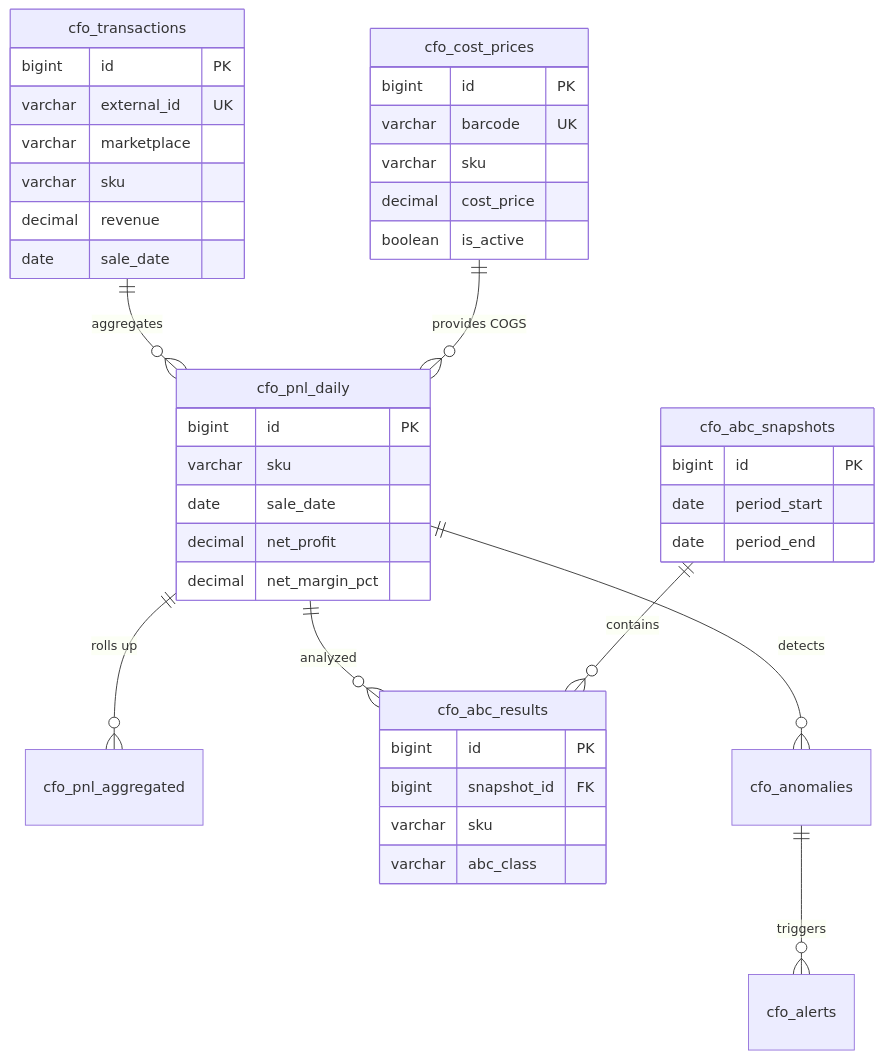
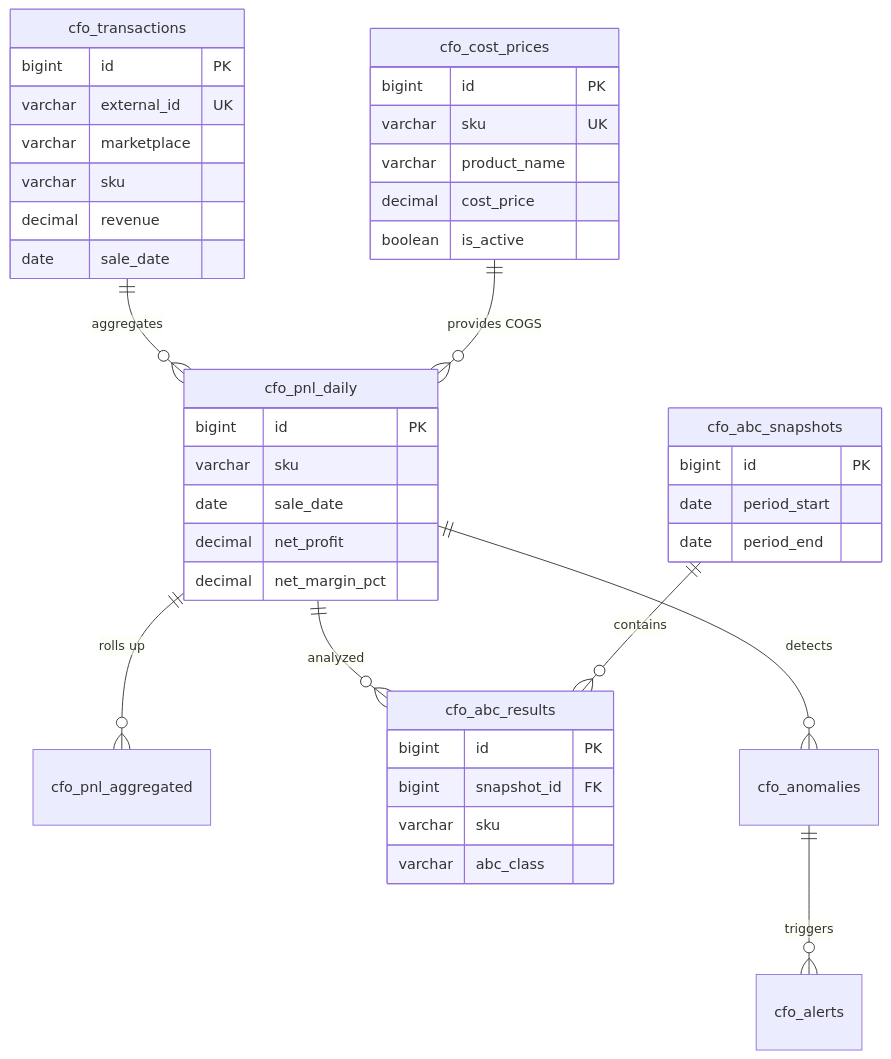
One commit to Sign25/Docs changed the diagram in cfo/adolf_cfo_5_database.md. Above: the diagram before and after it, drawn with Mermaid. The commit also changed other lines of this file, not shown here.

Commit message:
CFO Database: update to v1.1 - remove barcode, SKU as primary identifier

````diff
--- a/cfo/adolf_cfo_5_database.md
+++ b/cfo/adolf_cfo_5_database.md
@@ -36,48 +40,48 @@
 ```mermaid
 erDiagram
     cfo_transactions ||--o{ cfo_pnl_daily : "aggregates"
     cfo_cost_prices ||--o{ cfo_pnl_daily : "provides COGS"
     cfo_pnl_daily ||--o{ cfo_pnl_aggregated : "rolls up"
     cfo_pnl_daily ||--o{ cfo_abc_results : "analyzed"
     cfo_abc_snapshots ||--o{ cfo_abc_results : "contains"
     cfo_pnl_daily ||--o{ cfo_anomalies : "detects"
     cfo_anomalies ||--o{ cfo_alerts : "triggers"
 
     cfo_transactions {
         bigint id PK
         varchar external_id UK
         varchar marketplace
         varchar sku
         decimal revenue
         date sale_date
     }
 
     cfo_cost_prices {
         bigint id PK
-        varchar barcode UK
-        varchar sku
+        varchar sku UK
+        varchar product_name
         decimal cost_price
         boolean is_active
     }
 
     cfo_pnl_daily {
         bigint id PK
         varchar sku
         date sale_date
         decimal net_profit
         decimal net_margin_pct
     }
 
     cfo_abc_results {
         bigint id PK
         bigint snapshot_id FK
         varchar sku
         varchar abc_class
     }
 
     cfo_abc_snapshots {
         bigint id PK
         date period_start
         date period_end
     }
 ```
````
